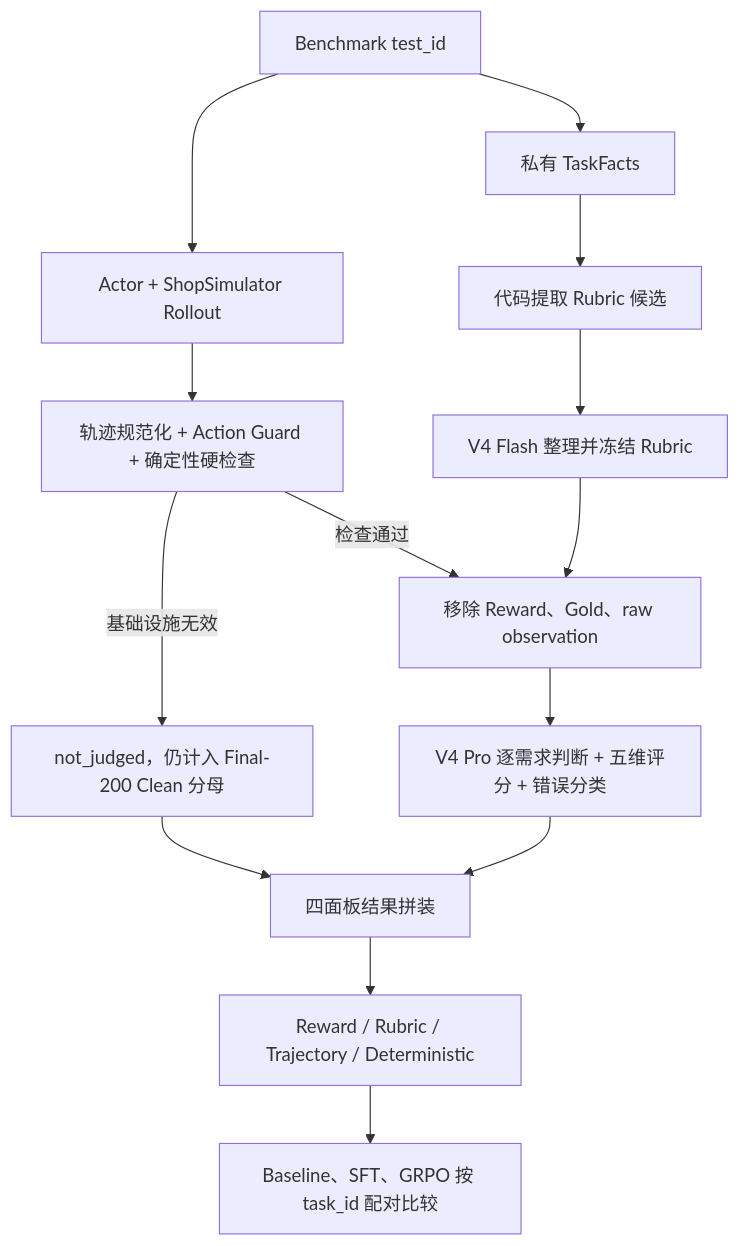
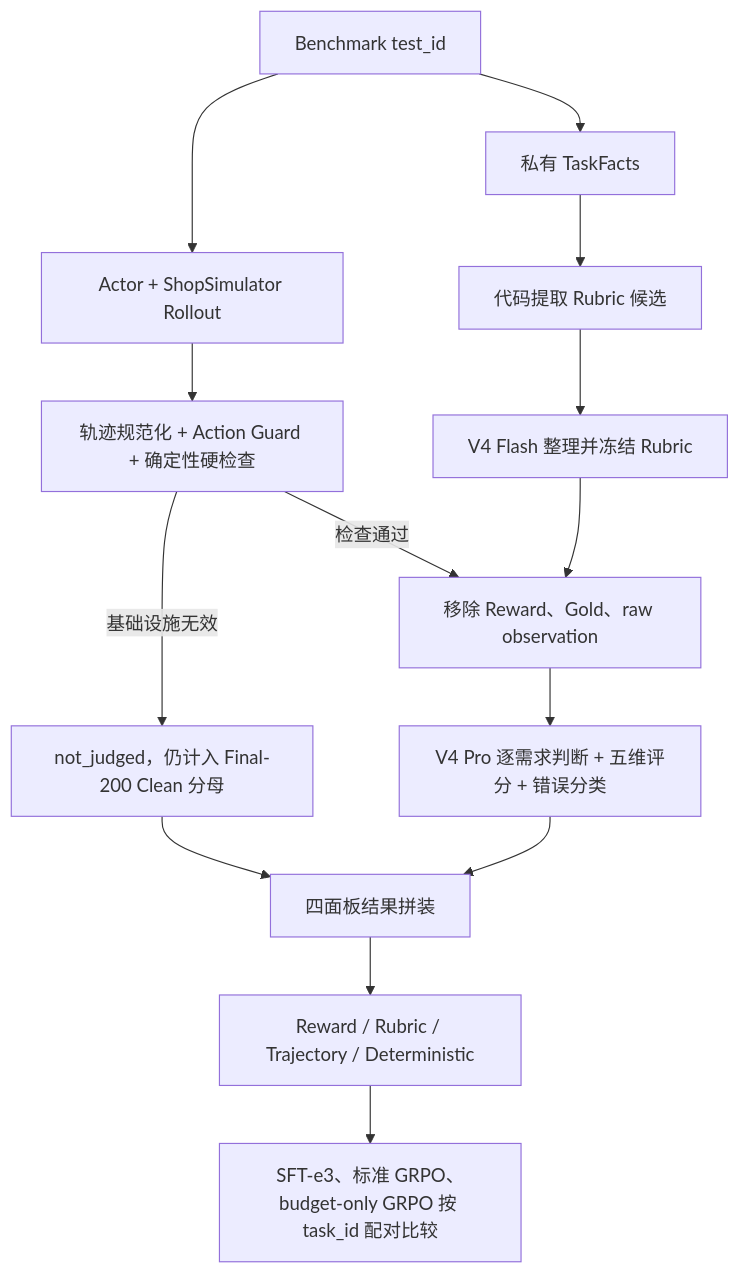
Before and after one commit to yghqn/shopping-grpo-longhorizon: the second of 2 diagrams in README.md, drawn with Mermaid. The commit also changed other lines of this file and 1 other file, not shown here.

````diff
--- a/README.md
+++ b/README.md
@@ -130,16 +130,16 @@
 ```mermaid
 flowchart TD
     A["Benchmark test_id"] --> B["私有 TaskFacts"]
     B --> C["代码提取 Rubric 候选"]
     C --> D["V4 Flash 整理并冻结 Rubric"]
     A --> E["Actor + ShopSimulator Rollout"]
     E --> F["轨迹规范化 + Action Guard + 确定性硬检查"]
     F -->|基础设施无效| G["not_judged，仍计入 Final-200 Clean 分母"]
     F -->|检查通过| H["移除 Reward、Gold、raw observation"]
     D --> H
     H --> I["V4 Pro 逐需求判断 + 五维评分 + 错误分类"]
     G --> J["四面板结果拼装"]
     I --> J
     J --> K["Reward / Rubric / Trajectory / Deterministic"]
-    K --> L["Baseline、SFT、GRPO 按 task_id 配对比较"]
+    K --> L["SFT-e3、标准 GRPO、budget-only GRPO 按 task_id 配对比较"]
 ```
````
